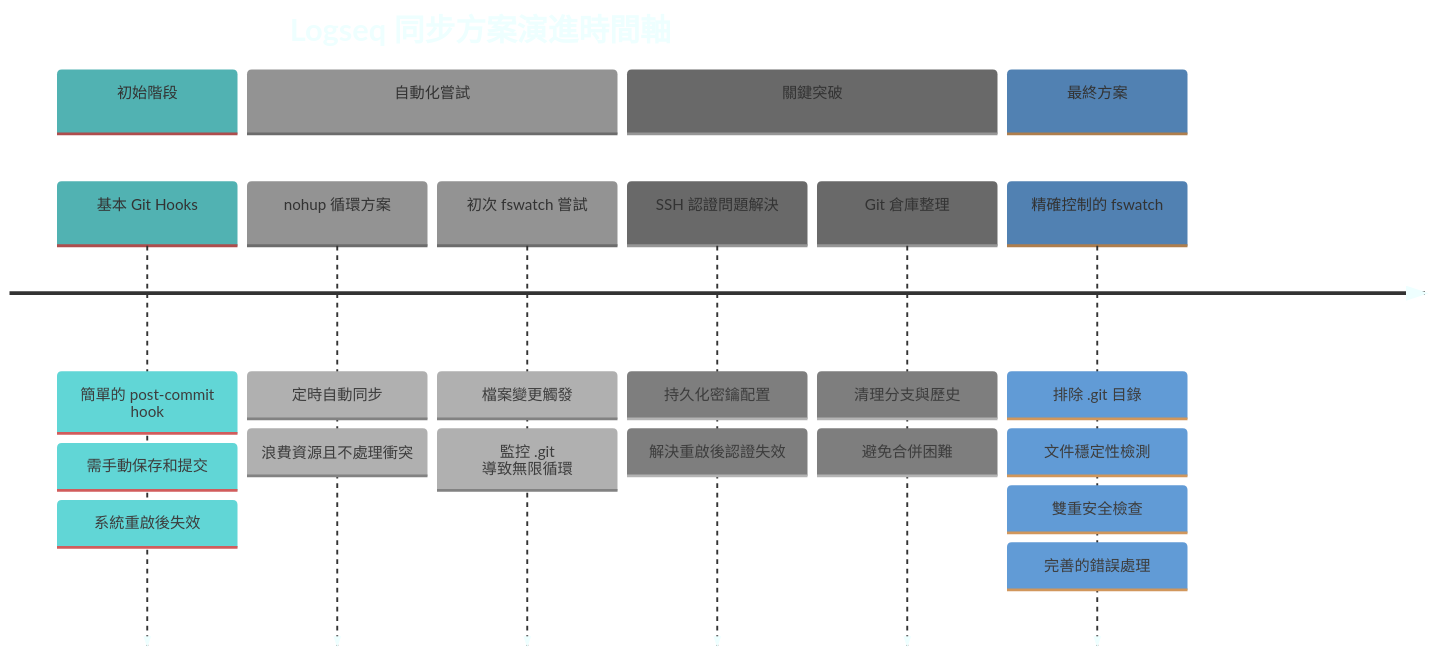
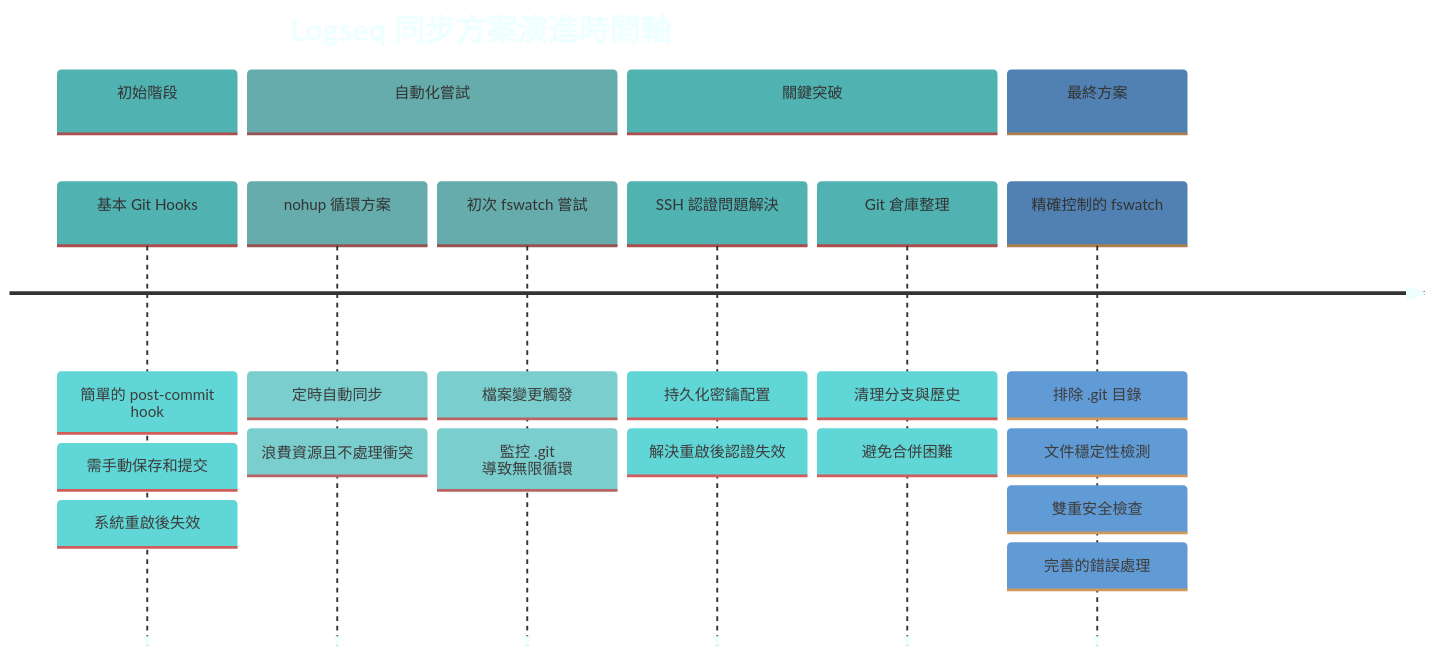
One commit to GengGeng026/Sync-Logseq changed the first of 2 diagrams in Logseq同步方案演進記錄.md. Above: the diagram before and after it, drawn with Mermaid.

Commit message:
Auto-sync: Wed Mar 26 09:42:29 +08 2025

````diff
--- a/Logseq同步方案演進記錄.md
+++ b/Logseq同步方案演進記錄.md
@@ -24,38 +24,38 @@
 ```mermaid
 %%{init: {
   'theme': 'base', 
   'themeVariables': {
     'primaryColor': '#A9D9D9',
-    'secondaryColor': 'lightgrey',
-    'tertiaryColor': 'darkgrey',
-    'lineColor': 'darkgrey',
-    'primaryBorderColor': 'darkgrey',
+    'secondaryColor': '#B9D9D9',
+    'tertiaryColor': '#A9D9D9',
+    'lineColor': '#A9D9D9',
+    'primaryBorderColor': '#A9D9D9',
     'background': 'transparent',
     'textColor': '#EEFFFF',
     'nodeBorder': 'darkgrey',
     'clusterBkg': 'transparent',
     'titleColor': '#EEFFFF'
   }
 }}%%
 timeline
     title Logseq 同步方案演進時間軸
     section 初始階段
         基本 Git Hooks : 簡單的 post-commit hook
         : 需手動保存和提交
         : 系統重啟後失效
     section 自動化嘗試
         nohup 循環方案 : 定時自動同步
         : 浪費資源且不處理衝突
         初次 fswatch 嘗試 : 檔案變更觸發
         : 監控 .git 導致無限循環
     section 關鍵突破
         SSH 認證問題解決 : 持久化密鑰配置
         : 解決重啟後認證失效
         Git 倉庫整理 : 清理分支與歷史
         : 避免合併困難
     section 最終方案
         精確控制的 fswatch : 排除 .git 目錄
         : 文件穩定性檢測
         : 雙重安全檢查
         : 完善的錯誤處理
 ```
````
